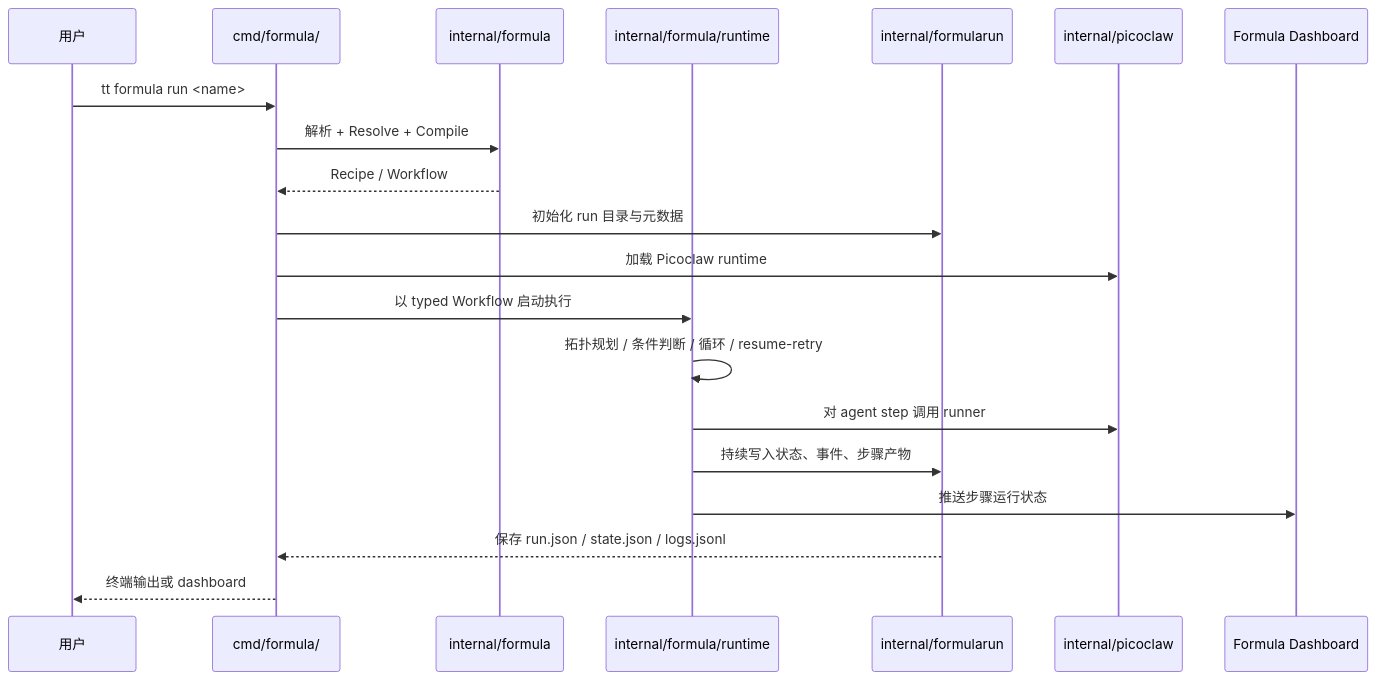
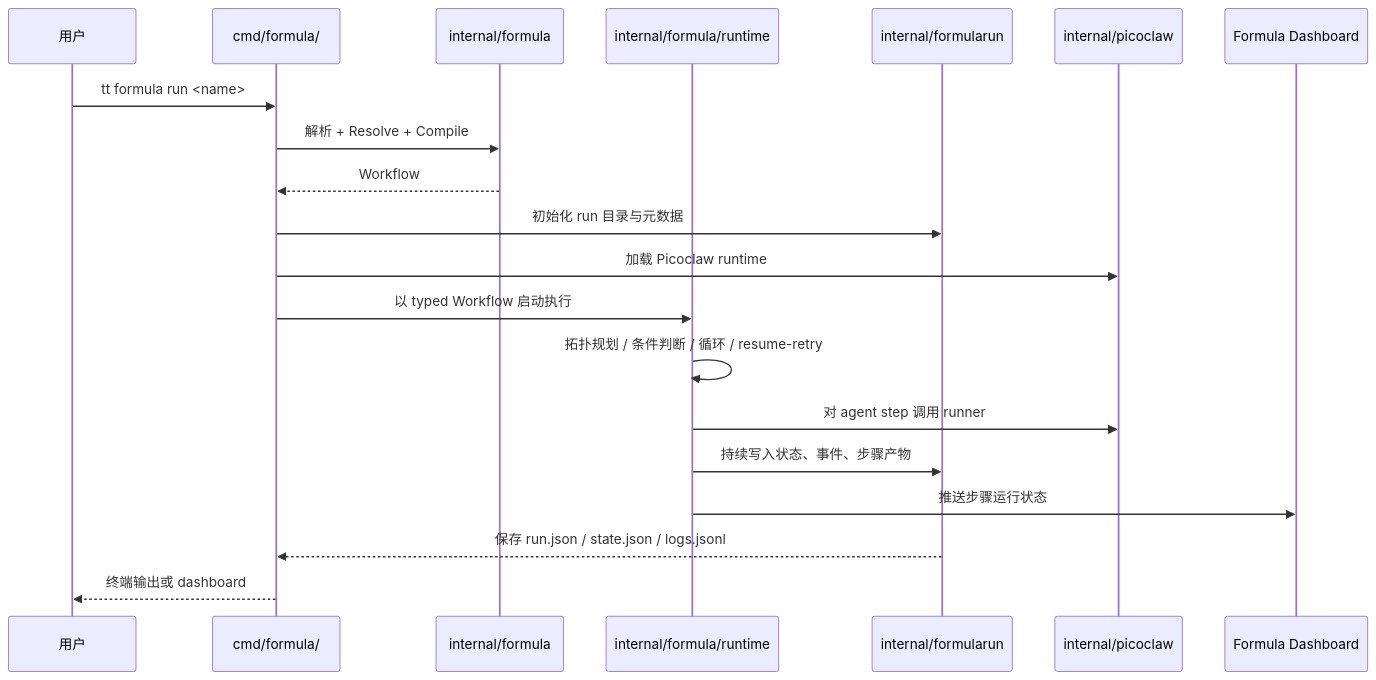
The fourth of 7 diagrams in ai-docs/architecture.md (sjzsdu/tt), drawn with Mermaid before and after one commit. The commit also changed other lines of this file and 19 other files, not shown here.

````diff
--- a/ai-docs/architecture.md
+++ b/ai-docs/architecture.md
@@ -92,23 +92,23 @@
 ```mermaid
 sequenceDiagram
     participant User as 用户
     participant Cmd as cmd/formula/
     participant Parser as internal/formula
     participant Exec as internal/formula/runtime
     participant Store as internal/formularun
     participant PC as internal/picoclaw
     participant Dash as Formula Dashboard
 
     User->>Cmd: tt formula run <name>
     Cmd->>Parser: 解析 + Resolve + Compile
-    Parser-->>Cmd: Recipe / Workflow
+    Parser-->>Cmd: Workflow
     Cmd->>Store: 初始化 run 目录与元数据
     Cmd->>PC: 加载 Picoclaw runtime
     Cmd->>Exec: 以 typed Workflow 启动执行
     Exec->>Exec: 拓扑规划 / 条件判断 / 循环 / resume-retry
     Exec->>PC: 对 agent step 调用 runner
     Exec->>Store: 持续写入状态、事件、步骤产物
     Exec->>Dash: 推送步骤运行状态
     Store-->>Cmd: 保存 run.json / state.json / logs.jsonl
     Cmd-->>User: 终端输出或 dashboard
 ```
````
